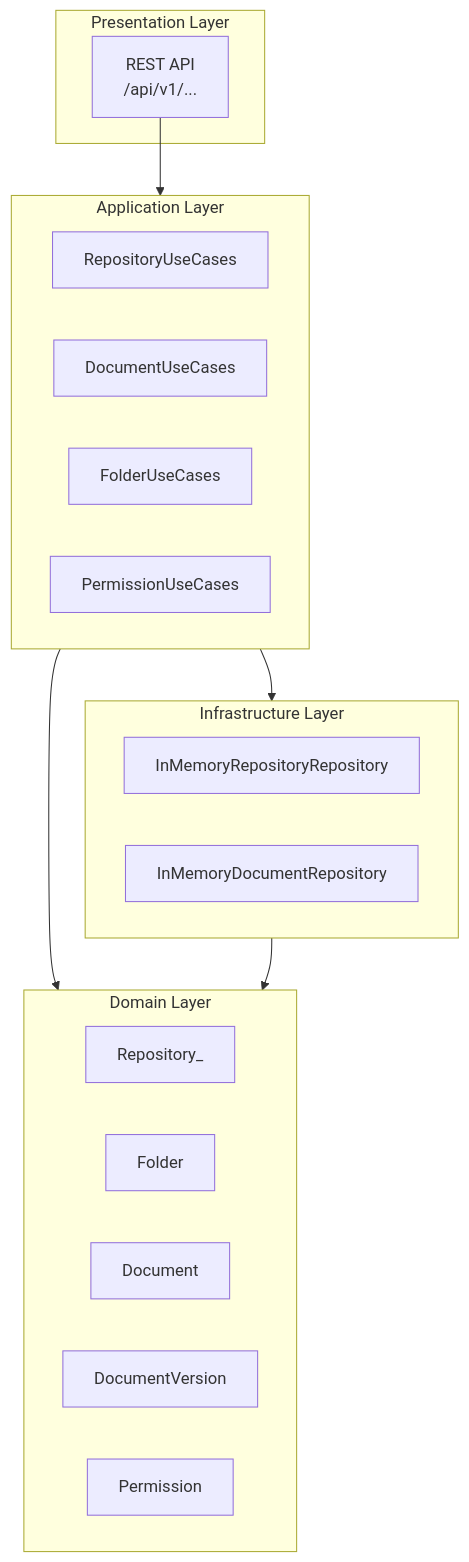
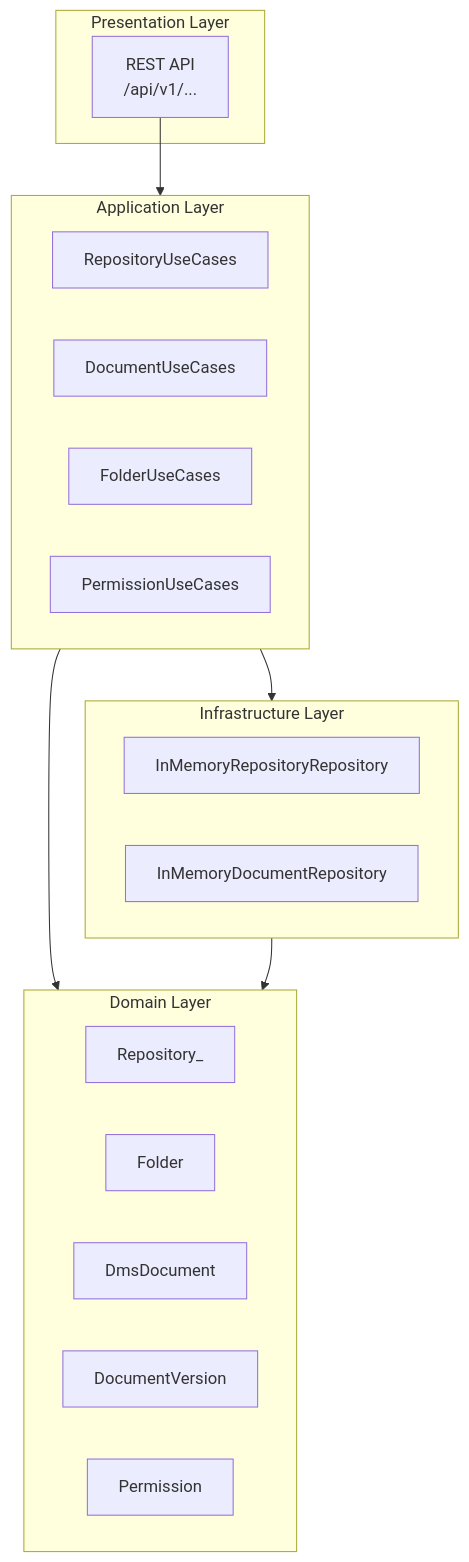
Before and after one commit to UIMSolutions/uim-platform: the second of 3 diagrams in dms-integration/UML.md, drawn with Mermaid. The commit also changed other lines of this file and 69 other files, not shown here.

````diff
--- a/dms-integration/UML.md
+++ b/dms-integration/UML.md
@@ -57,28 +57,28 @@
 ```mermaid
 flowchart TB
     subgraph Presentation["Presentation Layer"]
         REST["REST API\n/api/v1/..."]
     end
     subgraph Application["Application Layer"]
         REPO_UC["RepositoryUseCases"]
         DOC_UC["DocumentUseCases"]
         FOLDER_UC["FolderUseCases"]
         PERM_UC["PermissionUseCases"]
     end
     subgraph Domain["Domain Layer"]
         REPO["Repository_"]
         FOLDER["Folder"]
-        DOC["Document"]
+        DOC["DmsDocument"]
         VER["DocumentVersion"]
         PERM["Permission"]
     end
     subgraph Infrastructure["Infrastructure Layer"]
         REPO_REPO["InMemoryRepositoryRepository"]
         DOC_REPO["InMemoryDocumentRepository"]
     end
 
     REST --> Application
     Application --> Domain
     Infrastructure --> Domain
     Application --> Infrastructure
 ```
````
